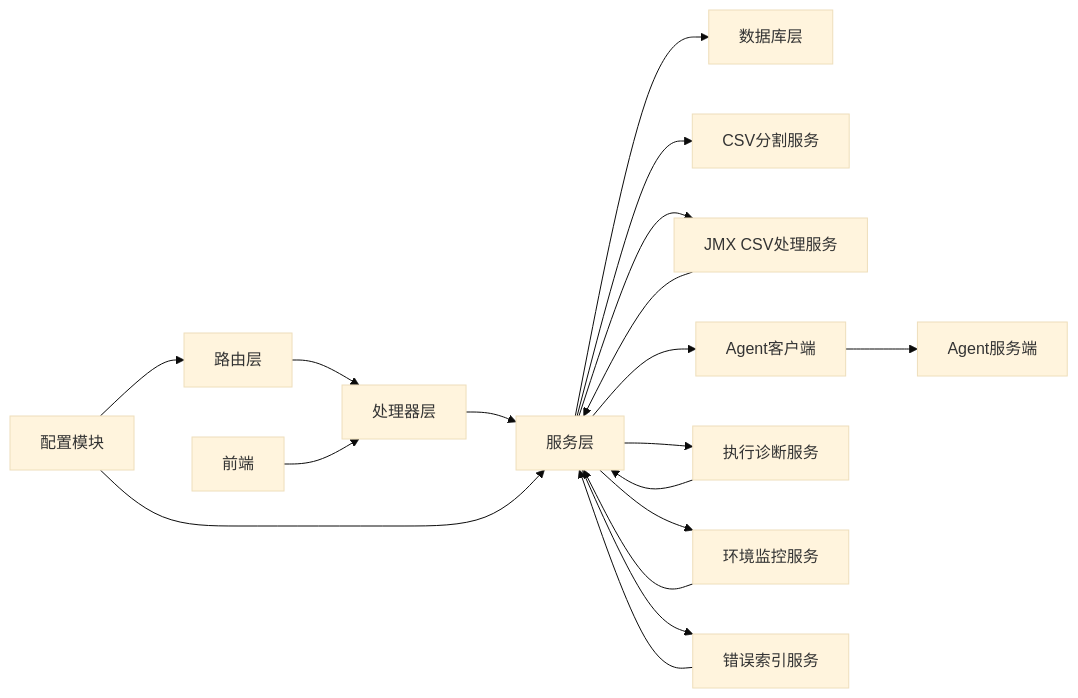
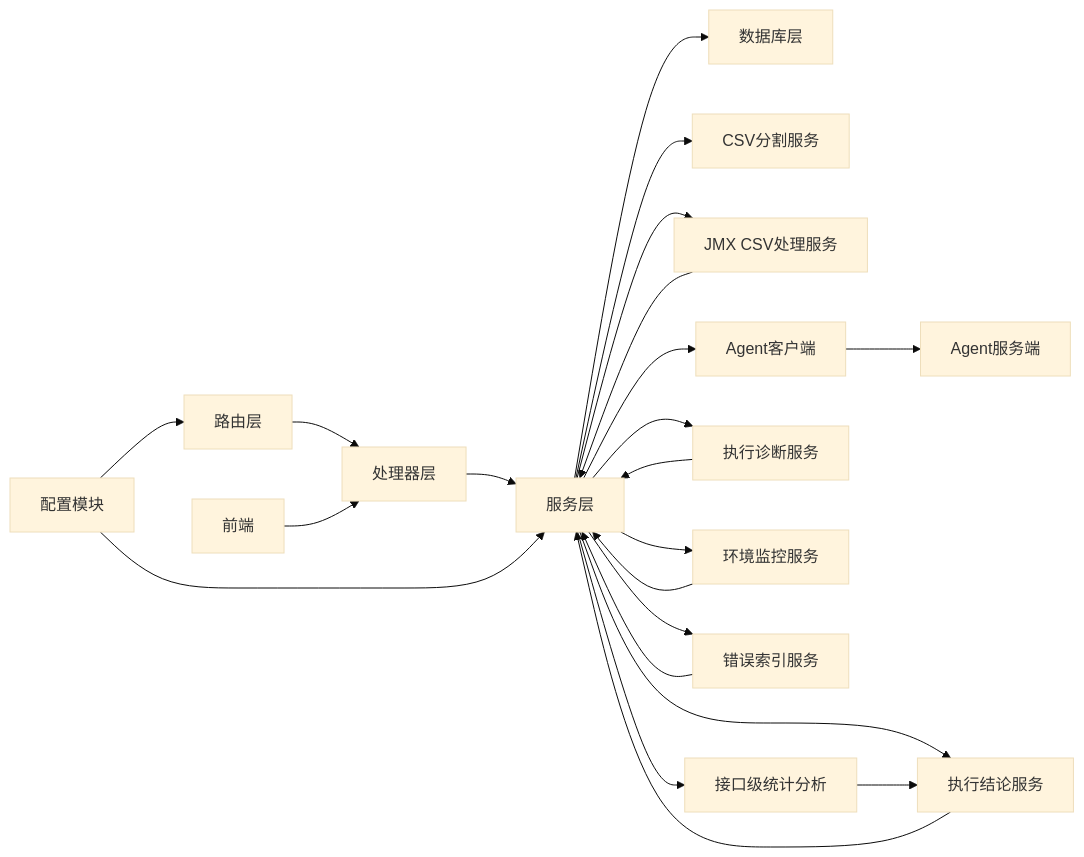
Before and after one commit to Liyuhao02/Jmeter-Admin: diagram 16 of 16 in .qoder/repowiki/zh/content/核心业务模块/执行管理系统/执行管理系统.md, drawn with Mermaid (base theme). The commit also changed other lines of this file and 13 other files, not shown here.

````diff
--- a/.qoder/repowiki/zh/content/核心业务模块/执行管理系统/执行管理系统.md
+++ b/.qoder/repowiki/zh/content/核心业务模块/执行管理系统/执行管理系统.md
@@ -631,20 +773,24 @@
 ```mermaid
 graph LR
 Router["路由层"] --> Handler["处理器层"]
 Handler --> Service["服务层"]
 Service --> DB["数据库层"]
 Frontend["前端"] --> Handler
 Config["配置模块"] --> Service
 Config --> Router
 Service --> CSVService["CSV分割服务"]
 Service --> JMXCSVService["JMX CSV处理服务"]
 Service --> AgentClient["Agent客户端"]
 Service --> DiagService["执行诊断服务"]
 Service --> EnvService["环境监控服务"]
 Service --> ErrorIdx["错误索引服务"]
+Service --> ConclService["执行结论服务"]
 AgentClient --> AgentServer["Agent服务端"]
 DiagService --> Service
 EnvService --> Service
 ErrorIdx --> Service
+ConclService --> Service
 JMXCSVService --> Service
+Service --> InterfaceAnalysis["接口级统计分析"]
+InterfaceAnalysis --> ConclService
 ```
````
